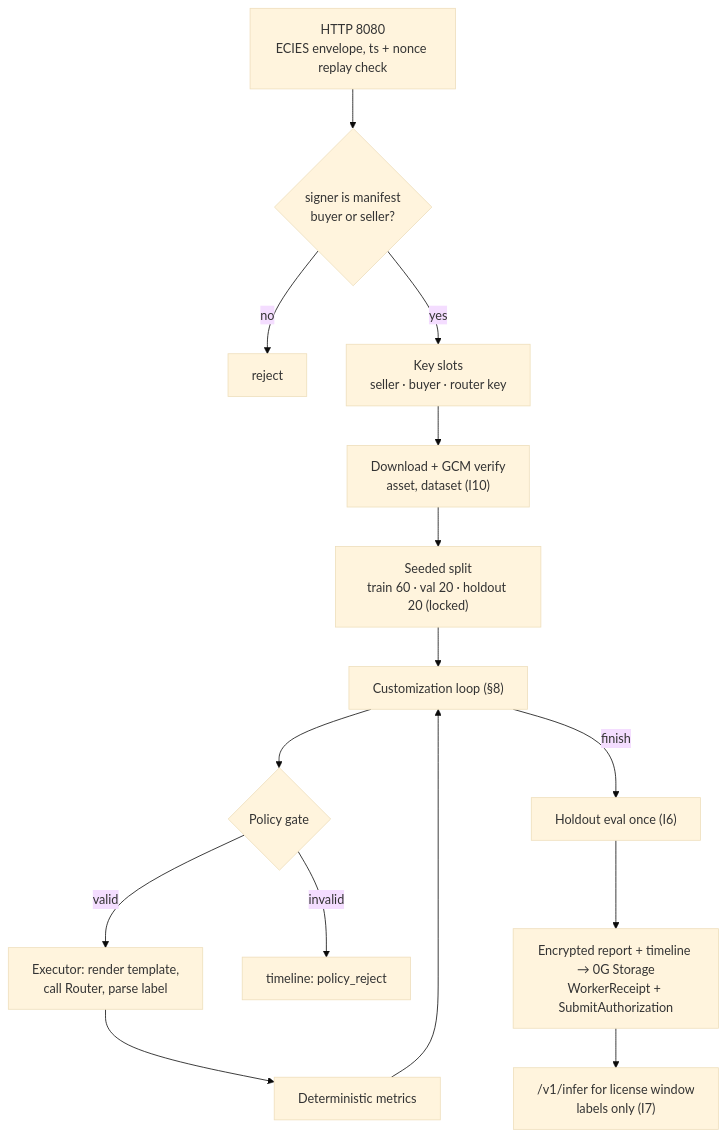
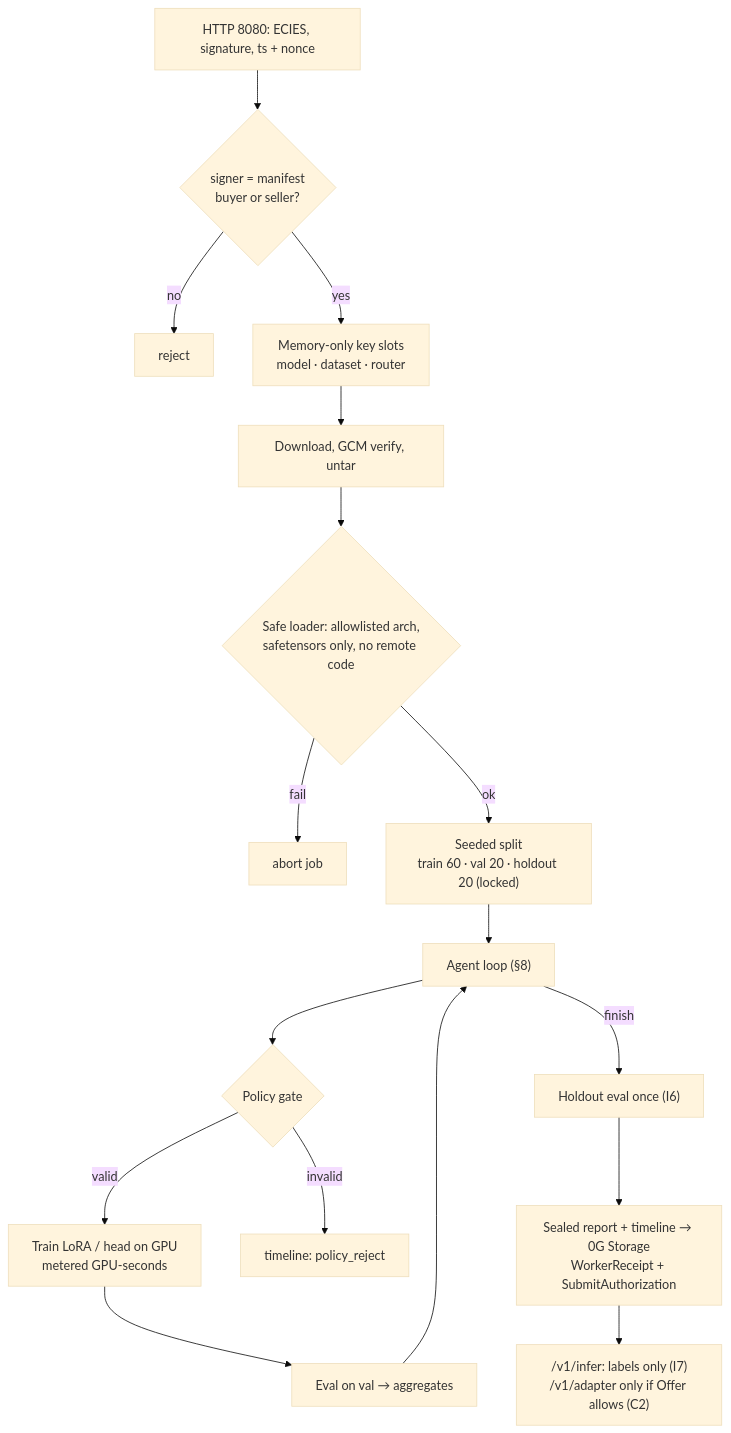
The seventh of 16 diagrams in docs/ARCHITECTURE.md (Soni-Shivam/Pivot_HTE), drawn with Mermaid (base theme) before and after one commit. The commit also changed other lines of this file and 7 other files, not shown here.

````diff
--- a/docs/ARCHITECTURE.md
+++ b/docs/ARCHITECTURE.md
@@ -205,17 +198,19 @@
 ```mermaid
 flowchart TB
-    IN["HTTP 8080<br/>ECIES envelope, ts + nonce replay check"] --> AUTH{"signer is manifest<br/>buyer or seller?"}
+    IN["HTTP 8080: ECIES, signature, ts + nonce"] --> AUTH{"signer = manifest<br/>buyer or seller?"}
     AUTH -- "no" --> DROP["reject"]
-    AUTH -- "yes" --> KS["Key slots<br/>seller · buyer · router key"]
-    KS --> LOAD["Download + GCM verify<br/>asset, dataset (I10)"]
-    LOAD --> SPLIT["Seeded split<br/>train 60 · val 20 · holdout 20 (locked)"]
-    SPLIT --> LOOP["Customization loop (§8)"]
+    AUTH -- "yes" --> KS["Memory-only key slots<br/>model · dataset · router"]
+    KS --> LOAD["Download, GCM verify, untar"]
+    LOAD --> SAFE{"Safe loader: allowlisted arch,<br/>safetensors only, no remote code"}
+    SAFE -- "fail" --> ABORT["abort job"]
+    SAFE -- "ok" --> SPLIT["Seeded split<br/>train 60 · val 20 · holdout 20 (locked)"]
+    SPLIT --> LOOP["Agent loop (§8)"]
     LOOP --> GATE{"Policy gate"}
-    GATE -- "valid" --> EXE["Executor: render template,<br/>call Router, parse label"]
+    GATE -- "valid" --> TRAIN["Train LoRA / head on GPU<br/>metered GPU-seconds"]
     GATE -- "invalid" --> EV["timeline: policy_reject"]
-    EXE --> MET["Deterministic metrics"]
-    MET --> LOOP
+    TRAIN --> EVAL["Eval on val → aggregates"]
+    EVAL --> LOOP
     LOOP -- "finish" --> HO["Holdout eval once (I6)"]
-    HO --> OUT["Encrypted report + timeline → 0G Storage<br/>WorkerReceipt + SubmitAuthorization"]
-    OUT --> SERVE["/v1/infer for license window<br/>labels only (I7)"]
+    HO --> OUT["Sealed report + timeline → 0G Storage<br/>WorkerReceipt + SubmitAuthorization"]
+    OUT --> SERVE["/v1/infer: labels only (I7)<br/>/v1/adapter only if Offer allows (C2)"]
 ```
````
